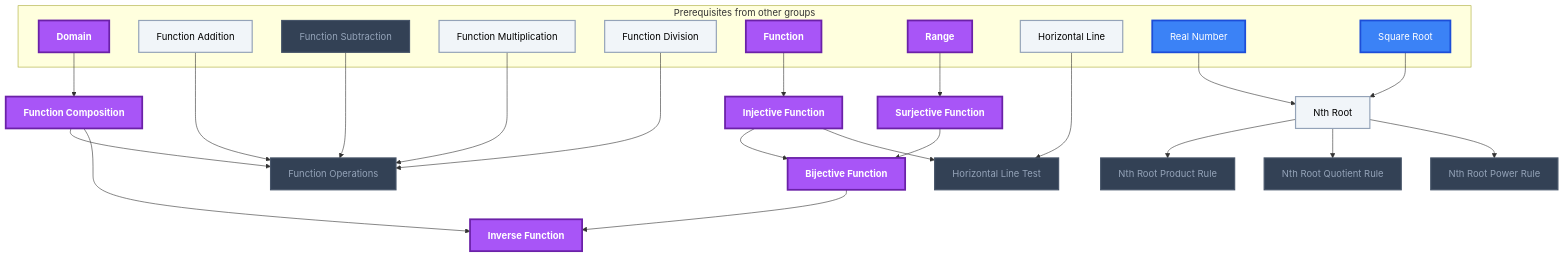
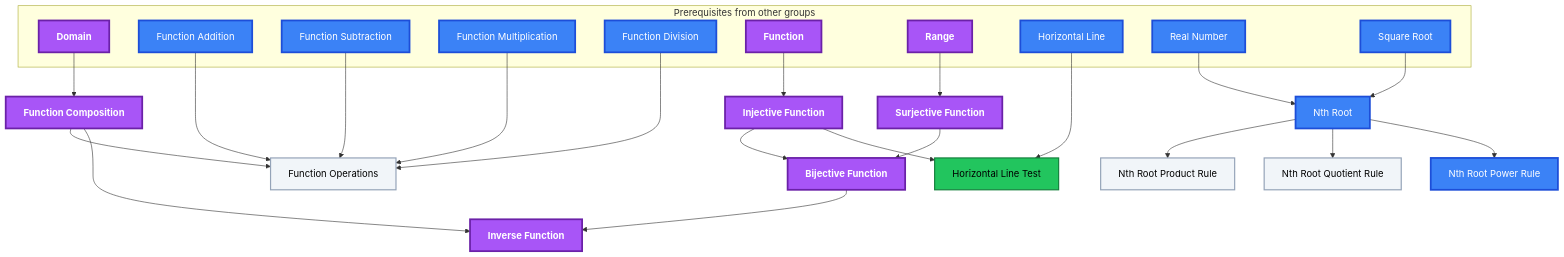
One commit to MRauf1/My-Notes changed the fifth of 11 diagrams in Gamification/Skill Trees/Pre-Calculus.md. Above: the diagram before and after it, drawn with Mermaid. The commit also changed other lines of this file and 145 other files, not shown here.

````diff
--- a/Gamification/Skill Trees/Pre-Calculus.md
+++ b/Gamification/Skill Trees/Pre-Calculus.md
@@ -386,59 +385,59 @@
 ```mermaid
 flowchart TD
     classDef planned fill:#1E293B,stroke:#64748B,stroke-width:2px,stroke-dasharray:5 5,color:#94A3B8;
     classDef locked fill:#334155,stroke:#475569,stroke-width:2px,color:#94A3B8;
     classDef L0 fill:#F1F5F9,stroke:#94A3B8,stroke-width:2px,color:#000000;
     classDef L1 fill:#22C55E,stroke:#15803D,stroke-width:2px,color:#000000;
     classDef L2 fill:#3B82F6,stroke:#1D4ED8,stroke-width:3px,color:#FFFFFF;
     classDef L3 fill:#A855F7,stroke:#6B21A8,stroke-width:3px,color:#FFFFFF,font-weight:bold;
     classDef L4 fill:#F97316,stroke:#C2410C,stroke-width:4px,color:#000000,font-weight:bold;
     classDef L5 fill:#FFD700,stroke:#FF8C00,stroke-width:5px,color:#000000,font-weight:bold;
     classDef rusty stroke:#8B4513,stroke-width:4px,stroke-dasharray:3 3;
     subgraph sg_prereqs["Prerequisites from other groups"]
         n_domain["Domain"]
         n_function_addition["Function Addition"]
         n_function_subtraction["Function Subtraction"]
         n_function_multiplication["Function Multiplication"]
         n_function_division["Function Division"]
         n_function["Function"]
         n_range["Range"]
         n_horizontal_line["Horizontal Line"]
         n_real_number["Real Number"]
         n_square_root["Square Root"]
     end
     n_function_composition["Function Composition"]
     n_function_operations["Function Operations"]
     n_injective_function["Injective Function"]
     n_surjective_function["Surjective Function"]
     n_bijective_function["Bijective Function"]
     n_inverse_function["Inverse Function"]
     n_horizontal_line_test["Horizontal Line Test"]
     n_nth_root["Nth Root"]
     n_nth_root_product_rule["Nth Root Product Rule"]
     n_nth_root_quotient_rule["Nth Root Quotient Rule"]
     n_nth_root_power_rule["Nth Root Power Rule"]
     n_domain --> n_function_composition
     n_function_addition --> n_function_operations
     n_function_subtraction --> n_function_operations
     n_function_multiplication --> n_function_operations
     n_function_division --> n_function_operations
     n_function_composition --> n_function_operations
     n_function --> n_injective_function
     n_range --> n_surjective_function
     n_injective_function --> n_bijective_function
     n_surjective_function --> n_bijective_function
     n_function_composition --> n_inverse_function
     n_bijective_function --> n_inverse_function
     n_horizontal_line --> n_horizontal_line_test
     n_injective_function --> n_horizontal_line_test
     n_real_number --> n_nth_root
     n_square_root --> n_nth_root
     n_nth_root --> n_nth_root_product_rule
     n_nth_root --> n_nth_root_quotient_rule
     n_nth_root --> n_nth_root_power_rule
-    class n_function_subtraction,n_function_operations,n_horizontal_line_test,n_nth_root_product_rule,n_nth_root_quotient_rule,n_nth_root_power_rule locked;
-    class n_function_addition,n_function_multiplication,n_function_division,n_horizontal_line,n_nth_root L0;
-    class n_real_number,n_square_root L2;
+    class n_function_operations,n_nth_root_product_rule,n_nth_root_quotient_rule L0;
+    class n_horizontal_line_test L1;
+    class n_function_addition,n_function_subtraction,n_function_multiplication,n_function_division,n_horizontal_line,n_real_number,n_square_root,n_nth_root,n_nth_root_power_rule L2;
     class n_domain,n_function,n_range,n_function_composition,n_injective_function,n_surjective_function,n_bijective_function,n_inverse_function L3;
     class n_domain,n_function_addition,n_function_subtraction,n_function_multiplication,n_function_division,n_function,n_range,n_horizontal_line,n_real_number,n_square_root,n_function_composition,n_function_operations,n_injective_function,n_surjective_function,n_bijective_function,n_inverse_function,n_horizontal_line_test,n_nth_root,n_nth_root_product_rule,n_nth_root_quotient_rule,n_nth_root_power_rule internal-link;
 ```
````
